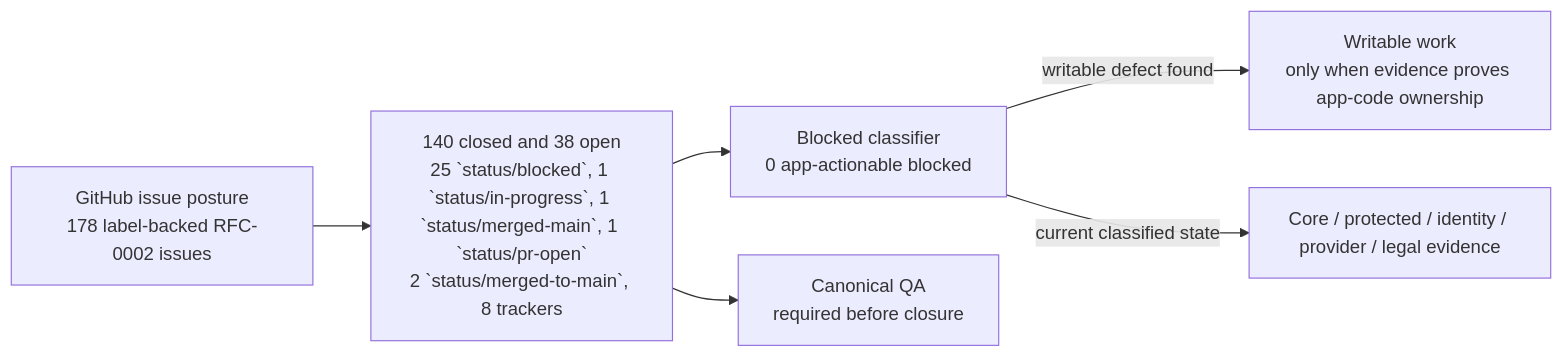
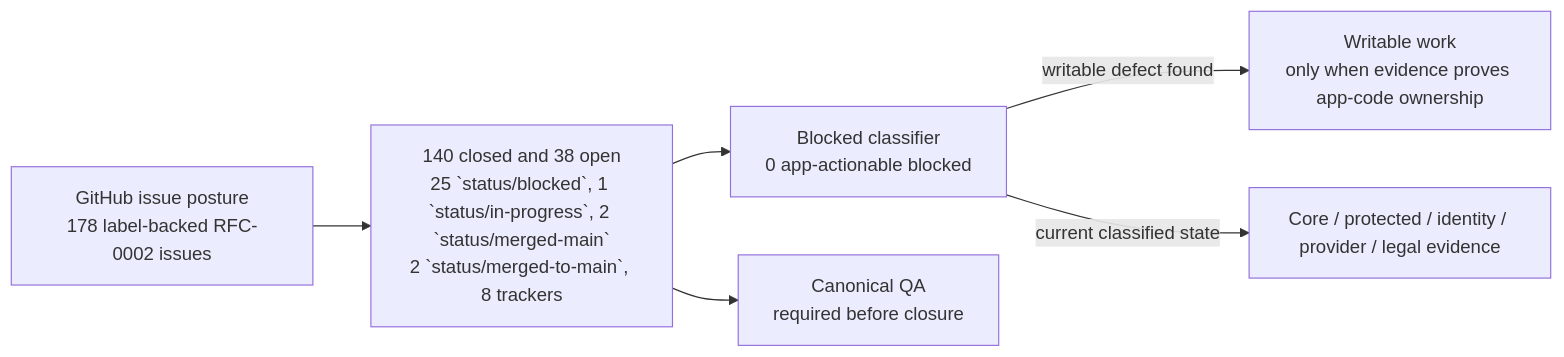
One commit to sgajbi/lotus-idea changed the first of 2 diagrams in wiki/RFC-0002-Execution-Status.md. Above: the diagram before and after it, drawn with Mermaid. The commit also changed other lines of this file and 7 other files, not shown here.

Commit message:
docs(rfc0002): sync 1024 merged-main truth

````diff
--- a/wiki/RFC-0002-Execution-Status.md
+++ b/wiki/RFC-0002-Execution-Status.md
@@ -39,15 +39,15 @@
 ```mermaid
 flowchart LR
     Issues["GitHub issue posture<br/>178 label-backed RFC-0002 issues"]
-    Open["140 closed and 38 open<br/>25 `status/blocked`, 1 `status/in-progress`, 1 `status/merged-main`, 1 `status/pr-open`<br/>2 `status/merged-to-main`, 8 trackers"]
+    Open["140 closed and 38 open<br/>25 `status/blocked`, 1 `status/in-progress`, 2 `status/merged-main`<br/>2 `status/merged-to-main`, 8 trackers"]
     Blocked["Blocked classifier<br/>0 app-actionable blocked"]
     Work["Writable work<br/>only when evidence proves app-code ownership"]
     External["Core / protected / identity / provider / legal evidence"]
     QA["Canonical QA<br/>required before closure"]
 
     Issues --> Open
     Open --> Blocked
     Blocked -->|"writable defect found"| Work
     Blocked -->|"current classified state"| External
     Open --> QA
 ```
````
